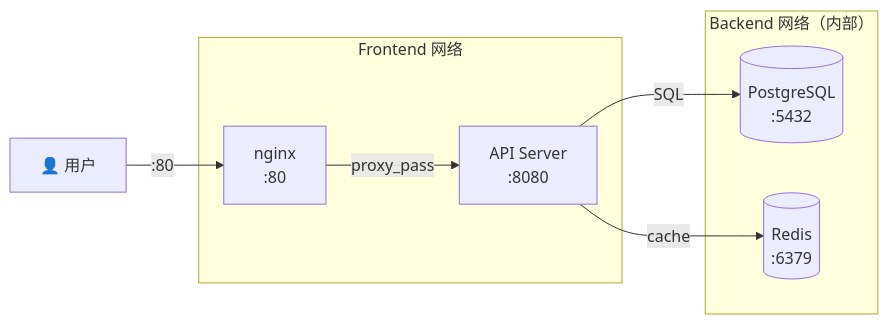
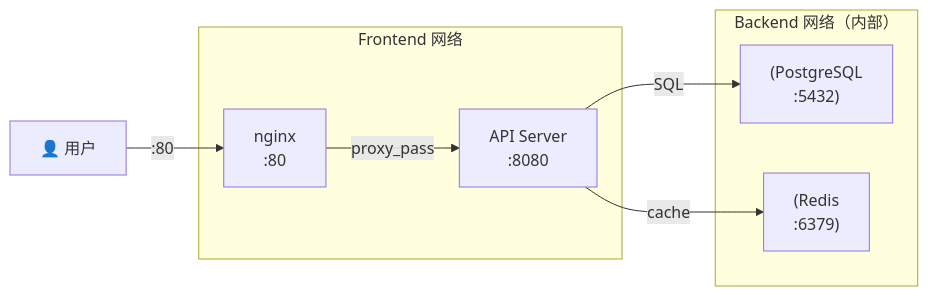
One commit to moklgydocs/moklgydocs.github.io changed the third of 5 diagrams in src/运维与部署/Docker_K8s/02_Docker进阶/02_DockerCompose编排.md. Above: the diagram before and after it, drawn with Mermaid. The commit also changed other lines of this file and 178 other files, not shown here.

First line of the commit message:
fix: 修复 mermaid 图表语法错误 - 为含 <br/> 的标签添加引号、修复未闭合引号

````diff
--- a/src/运维与部署/Docker_K8s/02_Docker进阶/02_DockerCompose编排.md
+++ b/src/运维与部署/Docker_K8s/02_Docker进阶/02_DockerCompose编排.md
@@ -567,16 +567,16 @@
 ```mermaid
 flowchart LR
     subgraph frontend [Frontend 网络]
-        WEB[nginx<br/>:80]
-        API[API Server<br/>:8080]
+        WEB["nginx<br/>:80"]
+        API["API Server<br/>:8080"]
     end
     subgraph backend [Backend 网络（内部）]
         API
-        DB[(PostgreSQL<br/>:5432)]
-        REDIS[(Redis<br/>:6379)]
+        DB["(PostgreSQL<br/>:5432)"]
+        REDIS["(Redis<br/>:6379)"]
     end
     CLIENT[👤 用户] -->|:80| WEB
     WEB -->|proxy_pass| API
     API -->|SQL| DB
     API -->|cache| REDIS
 ```
````
